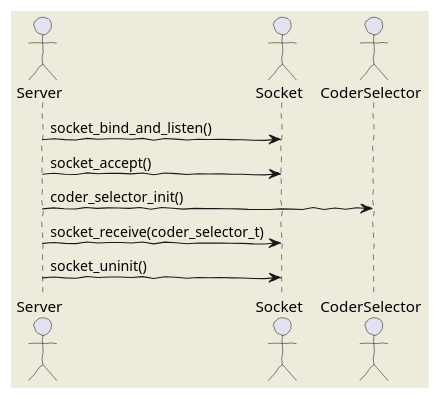
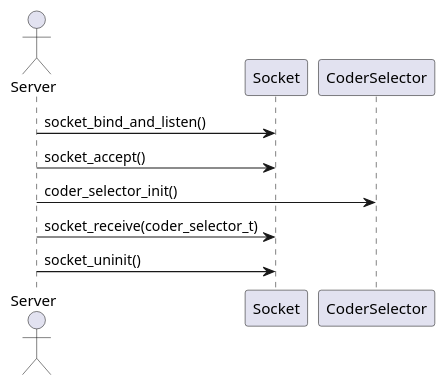
The first of 2 diagrams in README.md (azulzaietz/TP1-Taller_de_programacion-Cryptosockets), drawn with PlantUML before and after one commit. The commit also changed other lines of this file, not shown here.

Commit message:
diagrama secuencia cliente envia mensaje

````diff
--- a/README.md
+++ b/README.md
@@ -5,15 +5,11 @@
 ```plantuml
 @startuml
-    skinparam backgroundColor #EEEBDC
-    skinparam handwritten true
     actor Server
-    actor Socket
     Server -> Socket : socket_bind_and_listen()
     Server -> Socket : socket_accept()
-    actor CoderSelector
     Server -> CoderSelector : coder_selector_init()
     Server -> Socket : socket_receive(coder_selector_t)
     Server -> Socket : socket_uninit()
     
 @enduml
 ```
````
